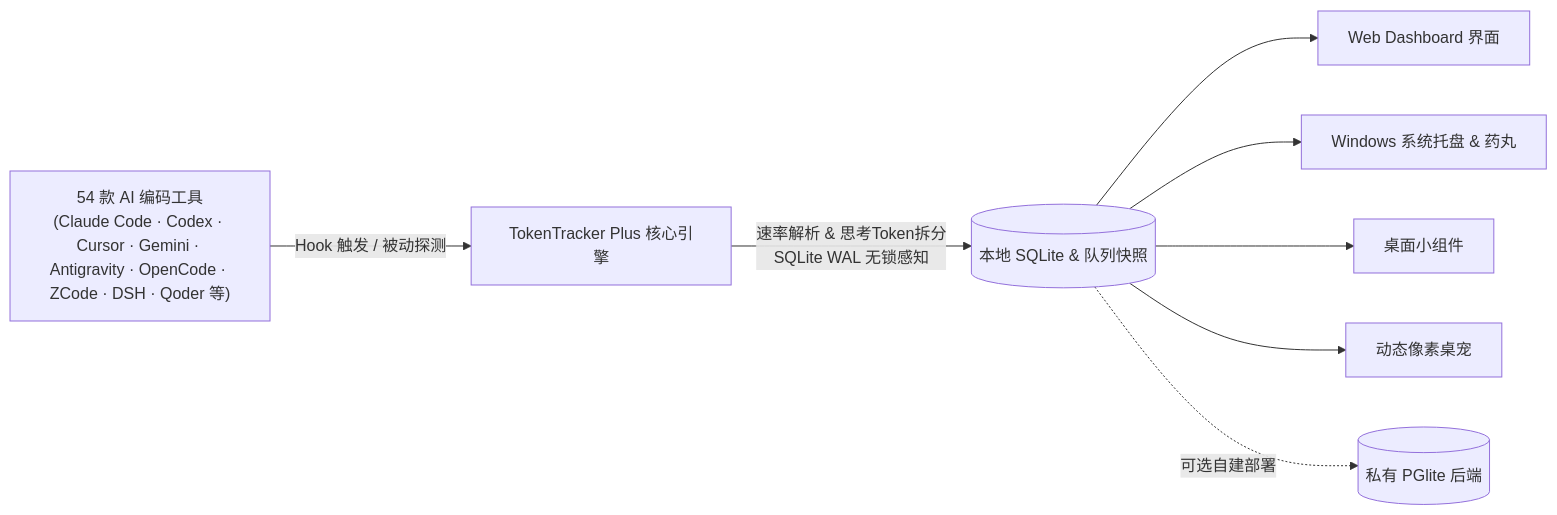
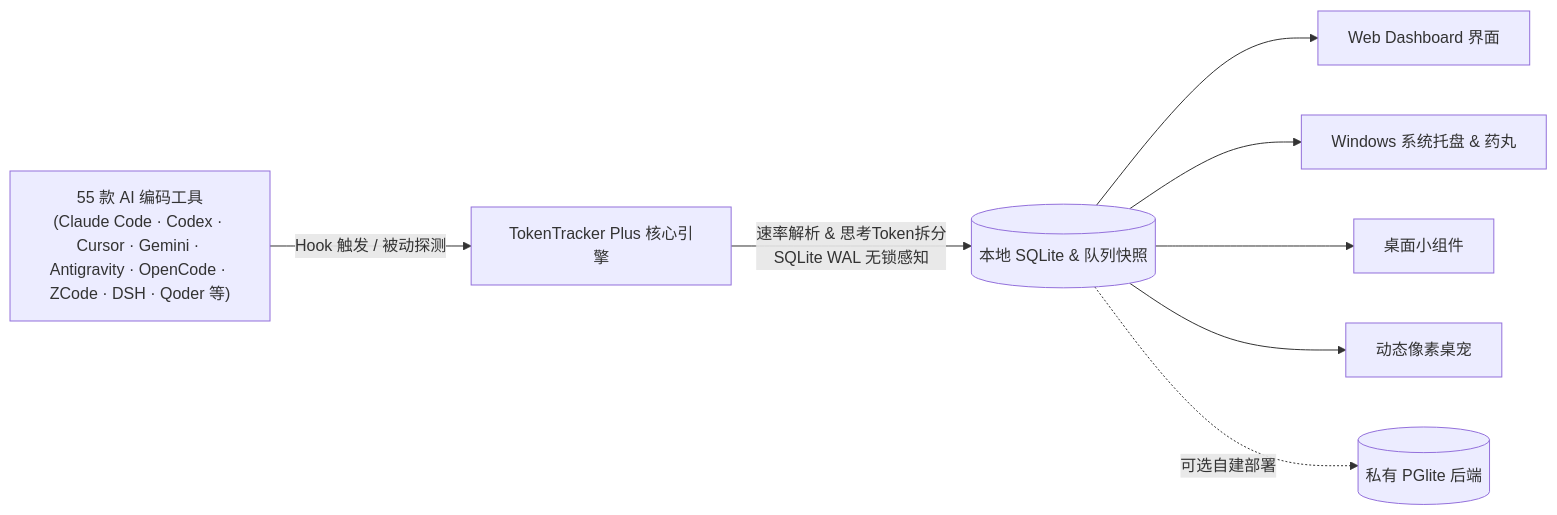
Before and after one commit to 01UNCLEDOG01/TokenTracker-Plus: the diagram in README.md, drawn with Mermaid. The commit also changed other lines of this file and 17 other files, not shown here.

````diff
--- a/README.md
+++ b/README.md
@@ -212,10 +213,10 @@
 ```mermaid
 flowchart LR
-    A["54 款 AI 编码工具<br/>(Claude Code · Codex · Cursor · Gemini · Antigravity · OpenCode · ZCode · DSH · Qoder 等)"] -->|Hook 触发 / 被动探测| B[TokenTracker Plus 核心引擎]
+    A["55 款 AI 编码工具<br/>(Claude Code · Codex · Cursor · Gemini · Antigravity · OpenCode · ZCode · DSH · Qoder 等)"] -->|Hook 触发 / 被动探测| B[TokenTracker Plus 核心引擎]
     B -->|速率解析 & 思考Token拆分<br/>SQLite WAL 无锁感知| C[(本地 SQLite & 队列快照)]
     C --> D[Web Dashboard 界面]
     C --> E[Windows 系统托盘 & 药丸]
     C --> F[桌面小组件]
     C --> G[动态像素桌宠]
     C -.->|可选自建部署| H[(私有 PGlite 后端)]
 ```
````
